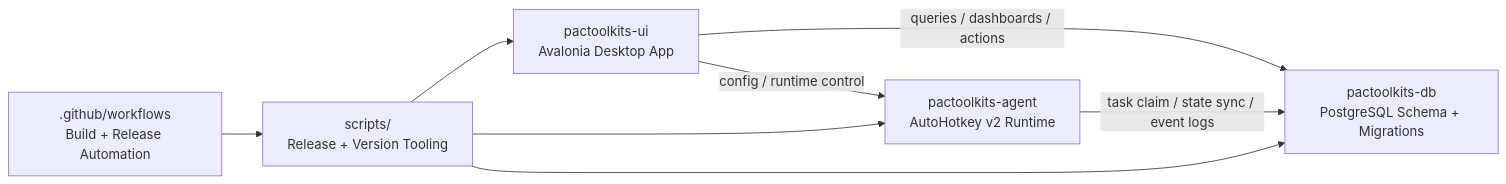
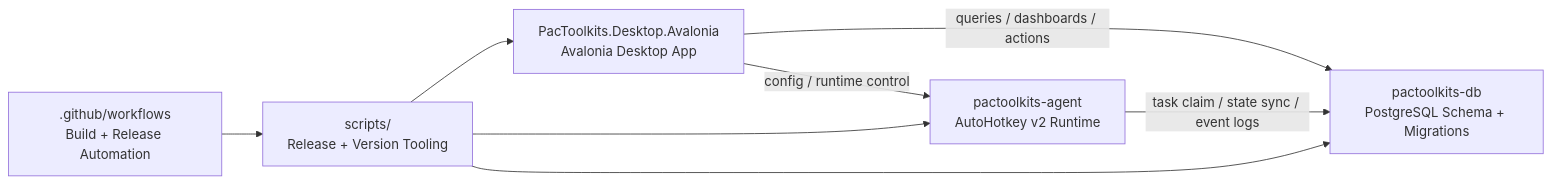
Before and after one commit to pacmandoh/pactoolkits: the diagram in README.md, drawn with Mermaid. The commit also changed other lines of this file and 376 other files, not shown here.

````diff
--- a/README.md
+++ b/README.md
@@ -112,16 +112,16 @@
 ```mermaid
 flowchart LR
-    UI["pactoolkits-ui\nAvalonia Desktop App"]
+    UI["PacToolkits.Desktop.Avalonia\nAvalonia Desktop App"]
     AGENT["pactoolkits-agent\nAutoHotkey v2 Runtime"]
     DB["pactoolkits-db\nPostgreSQL Schema + Migrations"]
     SCRIPTS["scripts/\nRelease + Version Tooling"]
     CI[".github/workflows\nBuild + Release Automation"]
 
     UI -->|config / runtime control| AGENT
     UI -->|queries / dashboards / actions| DB
     AGENT -->|task claim / state sync / event logs| DB
     SCRIPTS --> UI
     SCRIPTS --> AGENT
     SCRIPTS --> DB
     CI --> SCRIPTS
 ```
````
